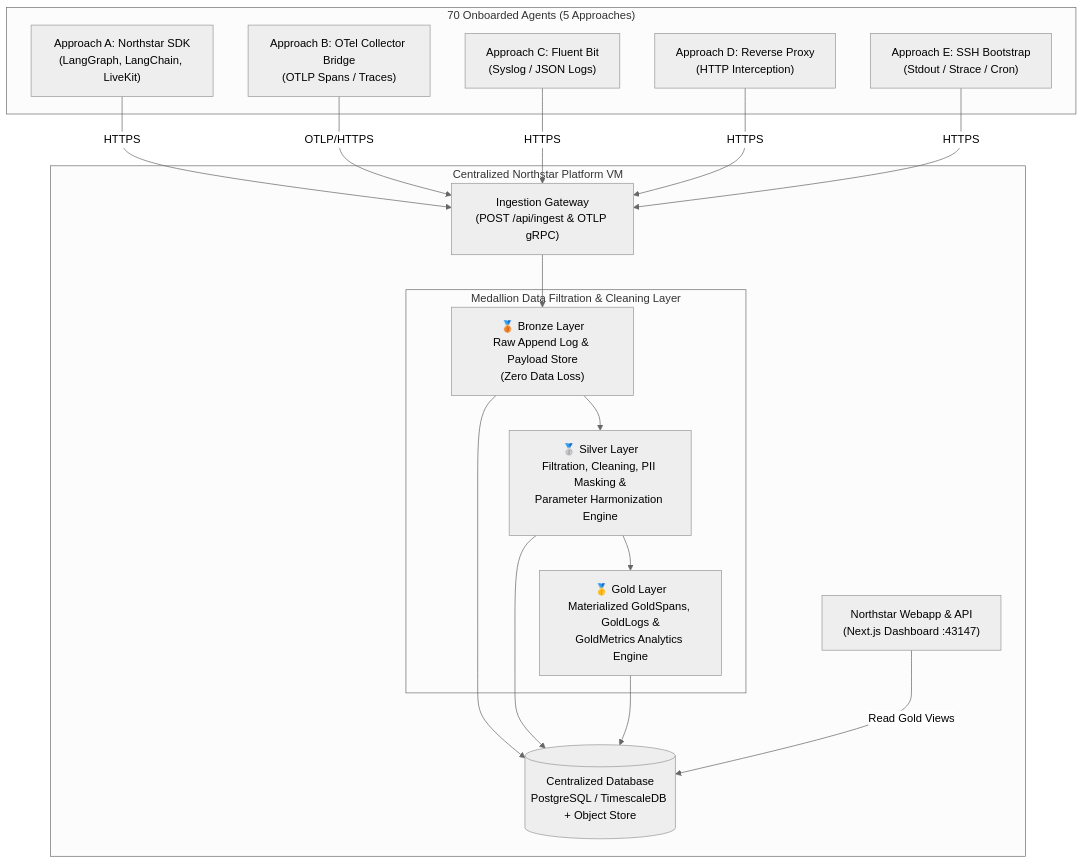
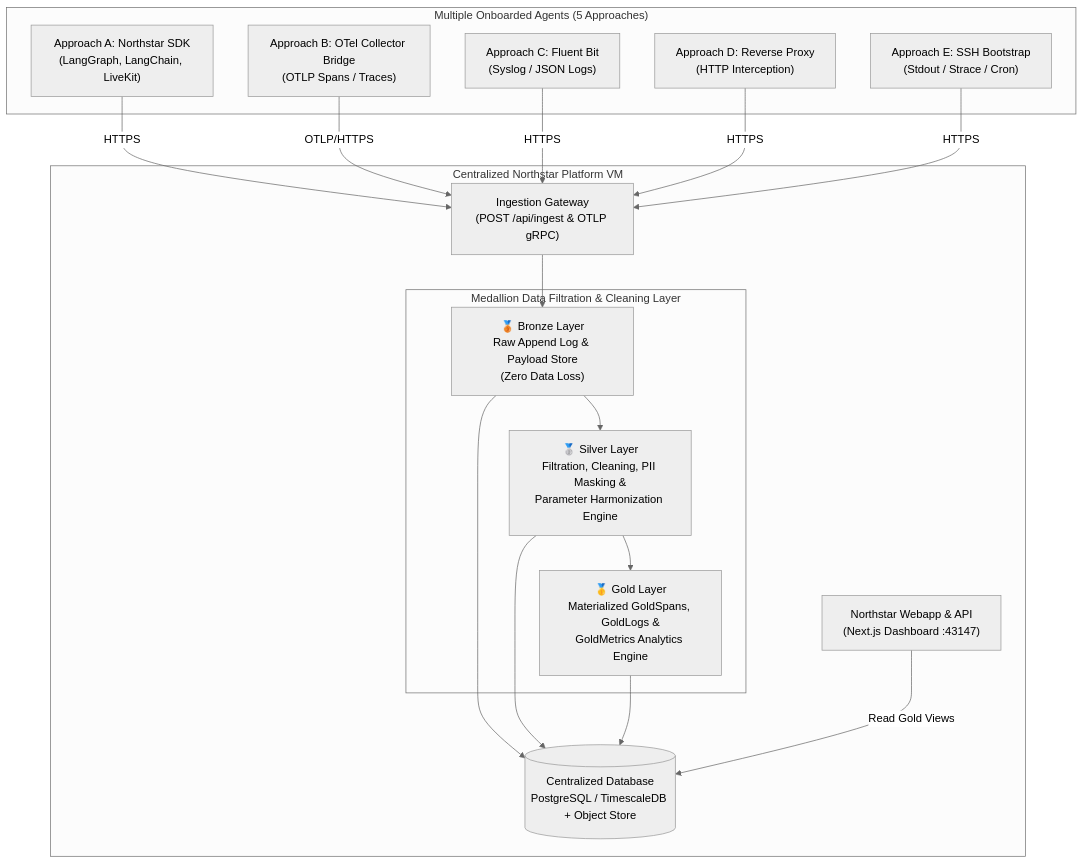
The eighth of 10 diagrams in docs/AGENT_ONBOARDING_70_TECHNICAL_PROPOSAL.md (LuC-9/agent-ops), drawn with Mermaid (neutral theme) before and after one commit. The commit also changed other lines of this file, not shown here.

````diff
--- a/docs/AGENT_ONBOARDING_70_TECHNICAL_PROPOSAL.md
+++ b/docs/AGENT_ONBOARDING_70_TECHNICAL_PROPOSAL.md
@@ -1265,37 +1264,37 @@
 ```mermaid
 flowchart TB
-    subgraph Agents["70 Onboarded Agents (5 Approaches)"]
+    subgraph Agents["Multiple Onboarded Agents (5 Approaches)"]
         ApproachA["Approach A: Northstar SDK<br/>(LangGraph, LangChain, LiveKit)"]
         ApproachB["Approach B: OTel Collector Bridge<br/>(OTLP Spans / Traces)"]
         ApproachC["Approach C: Fluent Bit<br/>(Syslog / JSON Logs)"]
         ApproachD["Approach D: Reverse Proxy<br/>(HTTP Interception)"]
         ApproachE["Approach E: SSH Bootstrap<br/>(Stdout / Strace / Cron)"]
     end
 
     subgraph CentralEngine["Centralized Northstar Platform VM"]
         Gateway["Ingestion Gateway<br/>(POST /api/ingest & OTLP gRPC)"]
 
         subgraph MedallionPipeline["Medallion Data Filtration & Cleaning Layer"]
             Bronze["🥉 Bronze Layer<br/>Raw Append Log & Payload Store<br/>(Zero Data Loss)"]
             Silver["🥈 Silver Layer<br/>Filtration, Cleaning, PII Masking &<br/>Parameter Harmonization Engine"]
             Gold["🥇 Gold Layer<br/>Materialized GoldSpans, GoldLogs &<br/>GoldMetrics Analytics Engine"]
         end
 
         CentralDB[("Centralized Database<br/>PostgreSQL / TimescaleDB + Object Store")]
         Webapp["Northstar Webapp & API<br/>(Next.js Dashboard :43147)"]
     end
 
     ApproachA -->|"HTTPS"| Gateway
     ApproachB -->|"OTLP/HTTPS"| Gateway
     ApproachC -->|"HTTPS"| Gateway
     ApproachD -->|"HTTPS"| Gateway
     ApproachE -->|"HTTPS"| Gateway
 
     Gateway --> Bronze
     Bronze --> Silver
     Silver --> Gold
     Bronze --> CentralDB
     Silver --> CentralDB
     Gold --> CentralDB
     Webapp -->|"Read Gold Views"| CentralDB
 ```
````
